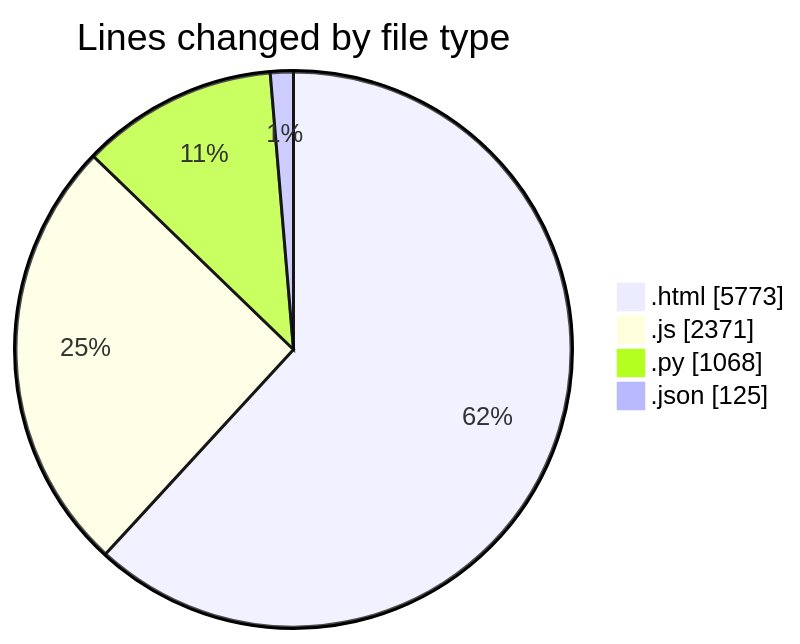
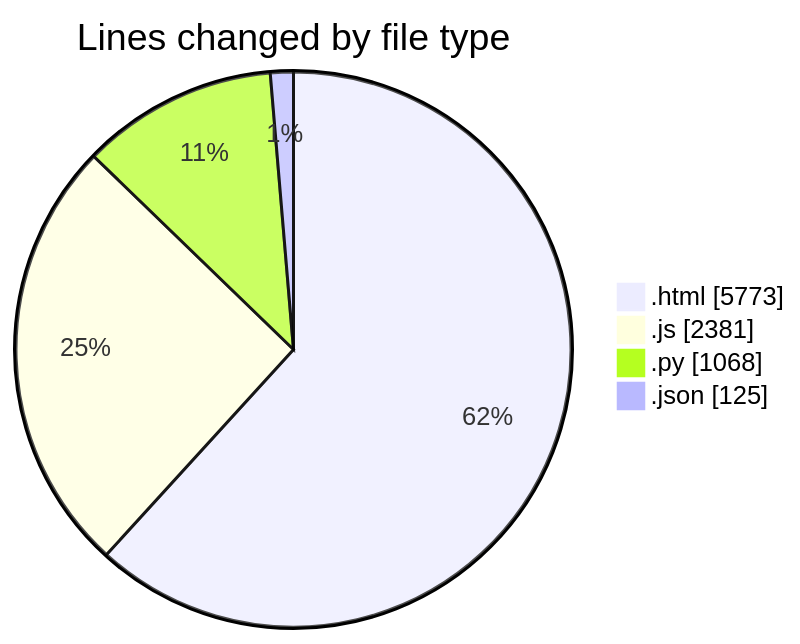
Before and after one commit to shibass792/code-tracking: the first of 2 diagrams in 2026-07-15/shibass-ai/README.md, drawn with Mermaid. The commit also changed other lines of this file and 1 other file, not shown here.

````diff
--- a/2026-07-15/shibass-ai/README.md
+++ b/2026-07-15/shibass-ai/README.md
@@ -30,8 +30,8 @@
 ```mermaid
 pie showData
 title Lines changed by file type
 ".html" : 5773
-".js" : 2371
+".js" : 2381
 ".py" : 1068
 ".json" : 125
 ```
````
